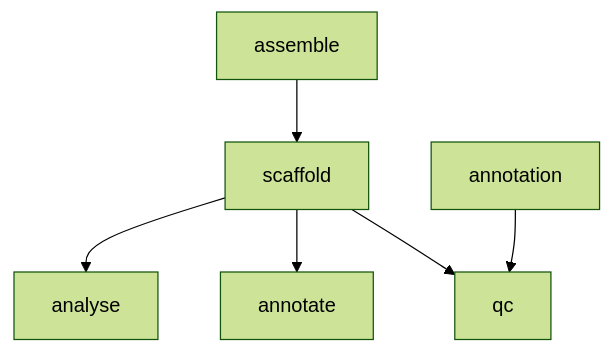
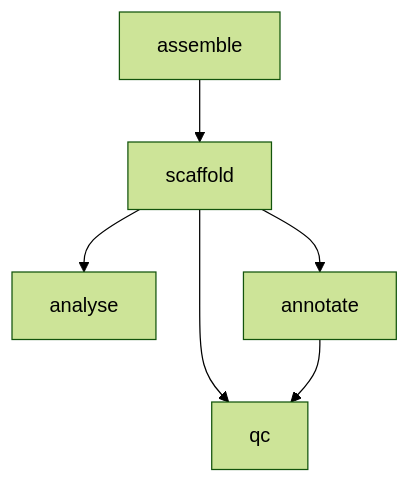
One commit to dirkjanvw/MoGAAAP changed the diagram in README.md. Above: the diagram before and after it, drawn with Mermaid (forest theme).

Commit message:
fix flowchart

````diff
--- a/README.md
+++ b/README.md
@@ -122,8 +122,8 @@
 ```mermaid
 graph TD;
     assemble-->scaffold;
     scaffold-->analyse;
     scaffold-->annotate;
     scaffold-->qc;
-    annotation-->qc;
+    annotate-->qc;
 ```
````
